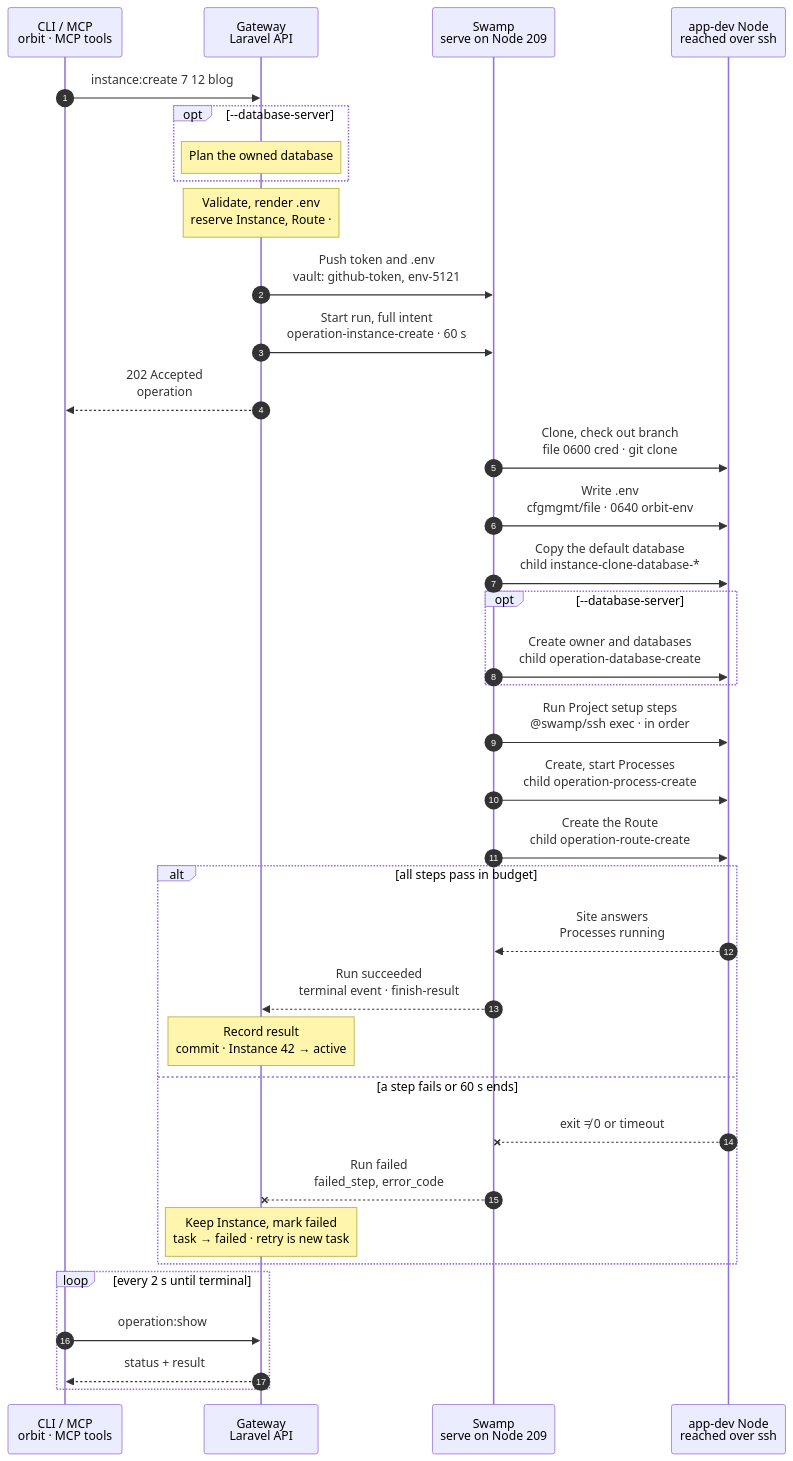
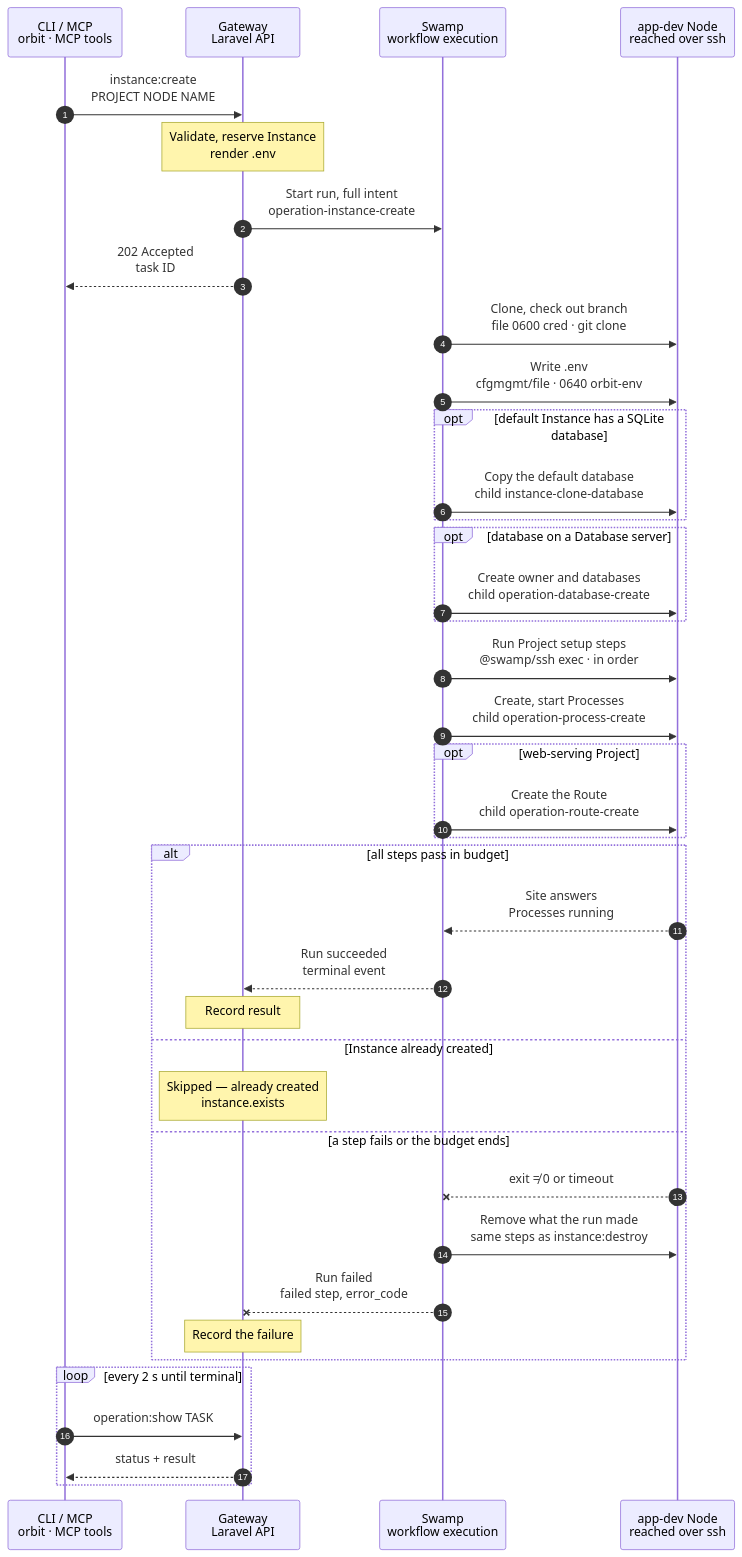
Before and after one commit to hardimpactdev/orbit: the diagram in docs/cli/instance/create.mmd, drawn with Mermaid. The commit also changed 12 other files, not shown here.

First line of the commit message:
docs(instance): instance:create is ready; prompting on firewall; CLI standard in preparing-commands

```diff
--- a/docs/cli/instance/create.mmd
+++ b/docs/cli/instance/create.mmd
@@ -1,65 +1,123 @@
 sequenceDiagram
-  %% Target design: ADR 0244 task + full intent as inputs, single Swamp Node, DECISIONS 1 (token minted at admission, vault.get), Gateway renders .env from the Project env template (orbit-gateway-renders-create-env; Nick 2026-11-01), budget rule swamp-operation-time-budgets (<10 s, 60 s).
-  %% Tightened: flow-tighten 2026-11-02, rules 1-22 (rule 22: cfgmgmt file/systemd, 0600 credential file for the private fetch); 2026-11-03, rule 25 (minimal chart).
-  %% Decided: Nick 2026-11-02, .env.testing only for an owned MySQL/PostgreSQL database, rendered by the Gateway and written by the same file step.
-  %% Decided: Nick 2026-11-03, a web-serving Project gets its derived Route on the main path (requiresRoute); --domain overrides the domain; the Route reuses the route:create child.
-  %% status: draft
+  %% Target design: ADR 0244 task + full intent as inputs, token minted at admission (vault.get), Gateway renders .env from the Project env template, run budget per swamp-operation-time-budgets.
+  %% Tightened: flow-tighten, rules 1-28 (rule 22: cfgmgmt file, 0600 credential file for the private fetch).
+  %% status: reviewed
   %% command: instance:create
   %% kind: instance.create
   autonumber
   %% lane CLI icon=terminal pill=caller tone=gray
   %% lane GW icon=gateway pill=intent tone=blue
   %% lane SW icon=workflow pill=executes tone=green
   %% lane N icon=server pill=target tone=amber
   participant CLI as CLI / MCP<br/>orbit · MCP tools
   participant GW as Gateway<br/>Laravel API
-  participant SW as Swamp<br/>serve on Node 209
+  participant SW as Swamp<br/>workflow execution
   participant N as app-dev Node<br/>reached over ssh
-  CLI->>GW: instance:create 7 12 blog
-  opt --database-server
-    Note over GW: Plan the owned database
-  end
-  Note over GW: Validate, render .env<br/>reserve Instance, Route · #5121
-  %%> Why the Route first:
-  %%> - the Route changes the Process units, so the Gateway reserves it before it captures the Processes
-  GW->>SW: Push token and .env<br/>vault: github-token, env-5121
-  %%> Why:
-  %%> - secrets reach the run only through the vault; no step calls the Gateway back (decision 1)
-  GW->>SW: Start run, full intent<br/>operation-instance-create · 60 s
-  GW-->>CLI: 202 Accepted<br/>operation #5121
+  CLI->>GW: instance:create<br/>PROJECT NODE NAME
+  %%> Command:
+  %%> - `orbit instance:create PROJECT NODE NAME`
+  %%> - syntax: `<project> <node> <name> [--root=PATH] [--domain=HOST] [--branch=BRANCH] [--database-server=SLUG]`
+  %%> Input:
+  %%> - the Project, the Node, and the Instance name
+  %%> - a name equal to the Project's default branch creates the `default` Instance
+  %%> Who can call it:
+  %%> - the `orbit` CLI and the MCP tool send the same request
+  Note over GW: Validate, reserve Instance<br/>render .env
+  %%> Requirements:
+  %%> - the calling Node has an access grant to the target Node
+  %%> - the target is an active `app-dev` Node and not a task VM; a production Node is refused (`instance.candidate_required`)
+  %%> - the checkout path is free, and no other change runs on the Instance; the Gateway holds one lock per Instance
+  %%> Allowed:
+  %%> - repeat the command for an Instance that failed or never finished: it resumes (see the failure branch)
+  %%> Result:
+  %%> - the Instance is reserved, with its Route when the Project serves web pages
+  %%> - `.env` is rendered here from the Project's env template: `APP_URL`, a new `APP_KEY` and the database keys
+  %%> - a read token for this one repository is minted, valid one hour
+  %%> - a task is recorded with the full intent; nothing has happened on the Node yet
+  GW->>SW: Start run, full intent<br/>operation-instance-create
+  %%> Why the vault:
+  %%> - the token and `.env` reach the run only through the vault; no step calls the Gateway back
+  %%> Budget:
+  %%> - 60 s, plus the Project's setup step timeouts, plus 30 s for the Processes, plus 180 s each for the Route and for a database copy; fixed at admission
+  GW-->>CLI: 202 Accepted<br/>task ID
+  %%> What you get:
+  %%> - the task ID, at once
+  %%> Next:
+  %%> - the CLI follows the task with `operation:show`
   SW->>N: Clone, check out branch<br/>file 0600 cred · git clone
   %%> Why the file:
-  %%> - git reads the token from it, so the token never enters argv
+  %%> - git reads the token from it, so the token never enters argv; the file is removed after the clone, success or failure
+  %%> Branch:
+  %%> - the requested origin branch, else the existing local branch, else a new branch from the default branch
   SW->>N: Write .env<br/>cfgmgmt/file · 0640 orbit-env
-  SW->>N: Copy the default database<br/>child instance-clone-database-*
-  %%> When:
-  %%> - only when the default Instance has a SQLite database under DB; the copy lands before setup migrates it
-  opt --database-server
+  %%> Why 0640 orbit-env:
+  %%> - the Node agent can report the key names and never the values
+  %%> - `.env.testing` is written the same way, only for an owned MySQL or PostgreSQL database
+  opt default Instance has a SQLite database
+    SW->>N: Copy the default database<br/>child instance-clone-database
+    %%> Why before setup:
+    %%> - the copy lands first, so the setup steps migrate a copy, not an empty file
+  end
+  opt database on a Database server
     SW->>N: Create owner and databases<br/>child operation-database-create
     %%> When:
-    %%> - also without the option, when the default Instance's database is MySQL on a server; its dump is then copied in
+    %%> - `--database-server` is given, or the default Instance's database is MySQL on a server; that dump is then copied in
   end
   SW->>N: Run Project setup steps<br/>@swamp/ssh exec · in order
+  %%> As whom:
+  %%> - the steps run as the Node's configured user, one after another; the first failure stops the run
   SW->>N: Create, start Processes<br/>child operation-process-create
   %%> Why after setup:
   %%> - Processes need the installed dependencies
-  SW->>N: Create the Route<br/>child operation-route-create
-  %%> When:
-  %%> - only for a web-serving Project
-  %%> Why it marks the Instance awake:
-  %%> - so the first request reaches the app, not the wake page; only when this run starts every Process
+  opt web-serving Project
+    SW->>N: Create the Route<br/>child operation-route-create
+    %%> What it adds:
+    %%> - the same steps as `route:create`, then a TLS probe of the site
+    %%> Why it marks the Instance awake:
+    %%> - so the first request reaches the app, not the wake page; only when this run starts every Process
+  end
   alt all steps pass in budget
     N-->>SW: Site answers<br/>Processes running
-    SW-->>GW: Run succeeded<br/>terminal event · finish-result
-    Note over GW: Record result<br/>commit · Instance 42 → active
-  else a step fails or 60 s ends
+    SW-->>GW: Run succeeded<br/>terminal event
+    %%> How the Gateway learns it:
+    %%> - its shared run reader sees the terminal event; Swamp never calls the Gateway
+    Note over GW: Record result
+    %%> Result:
+    %%> - the Instance and its Route become active
+    %%> - a successful create means every setup step succeeded; an empty list counts as success
+  else Instance already created
+    Note over GW: Skipped — already created<br/>instance.exists
+    %%> Result:
+    %%> - the Instance is active and its first setup finished, so no step runs
+    %%> - the skip reason is part of the successful result in human and machine output, not an error
+  else a step fails or the budget ends
     N--xSW: exit ≠ 0 or timeout
-    SW--xGW: Run failed<br/>failed_step, error_code
-    Note over GW: Keep Instance, mark failed<br/>task → failed · retry is new task
-    %%> On failure:
-    %%> - the Instance stays so you can see what happened; the Gateway never re-runs work by itself
+    %%> When:
+    %%> - a command exits non-zero, a Process or the site does not come up, or the budget ends
+    SW->>N: Remove what the run made<br/>same steps as instance:destroy
+    %%> What it does:
+    %%> - withdraws the Route, runs the Project teardown steps, then removes the Processes, the database the run created and the checkout
+    %%> - removes only what this run made; other Instances, the Database server and the default Instance's database stay
+    %%> Why remove:
+    %%> - the failed step and its output are in the task, so nothing on the Node is needed to see what failed
+    SW--xGW: Run failed<br/>failed step, error_code
+    %%> The Gateway reads:
+    %%> - which step failed and its error code; a missing setup command is `instance.setup_step_unavailable`, any other setup failure `instance.setup_step_failed`
+    %%> - the original error code is kept, whether or not cleanup finished
+    Note over GW: Record the failure
+    %%> Result:
+    %%> - the task fails with the failed step; when cleanup finished, the Instance and its Route no longer exist
+    %%> If cleanup did not finish:
+    %%> - the Instance stays marked failed with `cleanup = incomplete`; the incomplete cleanup stays visible, and a crash is never taken as proof that cleanup ran
+    %%> Retry:
+    %%> - run the same command again: it finishes an incomplete cleanup first, then creates; a changed `--root` or `--branch` is refused until then (`instance.placement_conflict`)
+    %%> - `instance:destroy` also finishes the cleanup
   end
   loop every 2 s until terminal
-    CLI->>GW: operation:show #5121
+    CLI->>GW: operation:show TASK
+    %%> What it does:
+    %%> - asks for the task's status every 2 seconds until it has ended
     GW-->>CLI: status + result
+    %%> Returns:
+    %%> - the current status, and the result once the task has ended
   end
```
